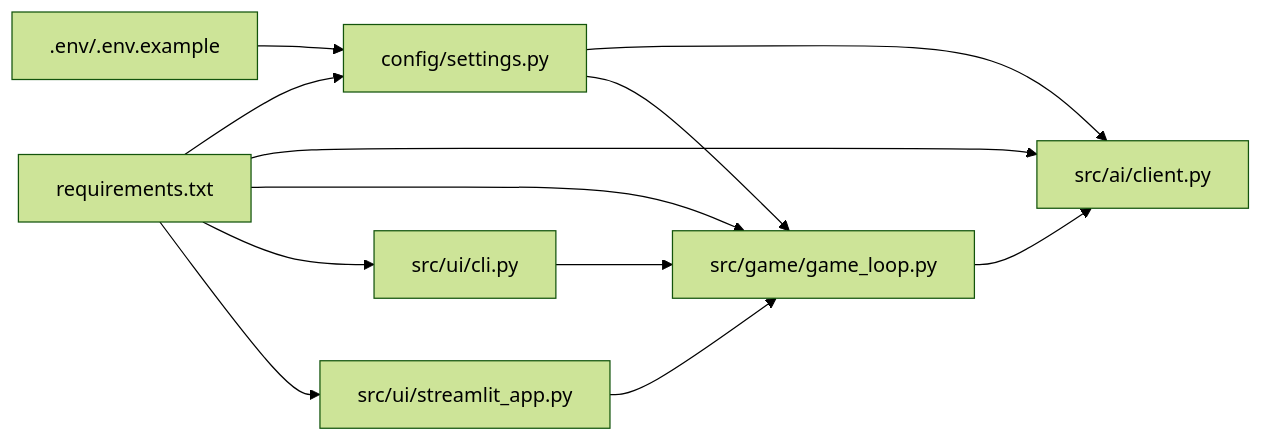
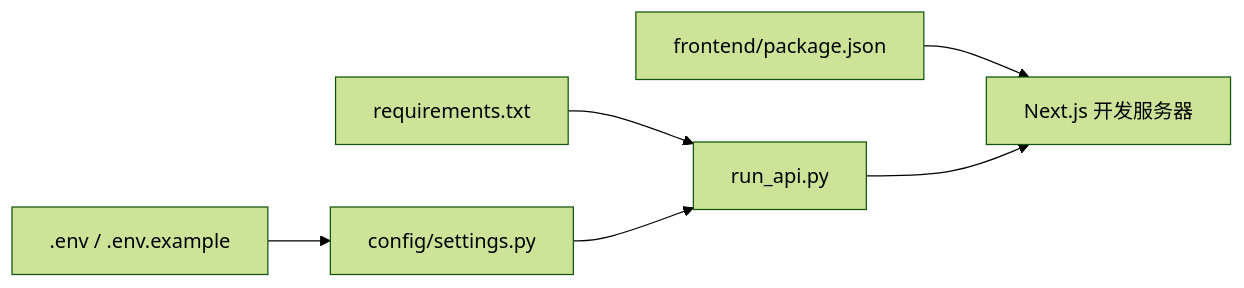
Before and after one commit to cc-chen-tech/LifeDraft: the fourth of 4 diagrams in .qoder/repowiki/zh/content/快速开始.md, drawn with Mermaid (forest theme). The commit also changed other lines of this file and 194 other files, not shown here.

````diff
--- a/.qoder/repowiki/zh/content/快速开始.md
+++ b/.qoder/repowiki/zh/content/快速开始.md
@@ -252,14 +265,8 @@
 ```mermaid
 graph LR
-R["requirements.txt"] --> S["config/settings.py"]
-R --> A["src/ai/client.py"]
-R --> G["src/game/game_loop.py"]
-R --> U1["src/ui/cli.py"]
-R --> U2["src/ui/streamlit_app.py"]
-E[".env/.env.example"] --> S
-S --> A
-S --> G
-G --> A
-U1 --> G
-U2 --> G
+REQ["requirements.txt"] --> RUN["run_api.py"]
+ENV[".env / .env.example"] --> SET["config/settings.py"]
+SET --> RUN
+FE_PKG["frontend/package.json"] --> FE_RUN["Next.js 开发服务器"]
+RUN --> FE_RUN
 ```
````
